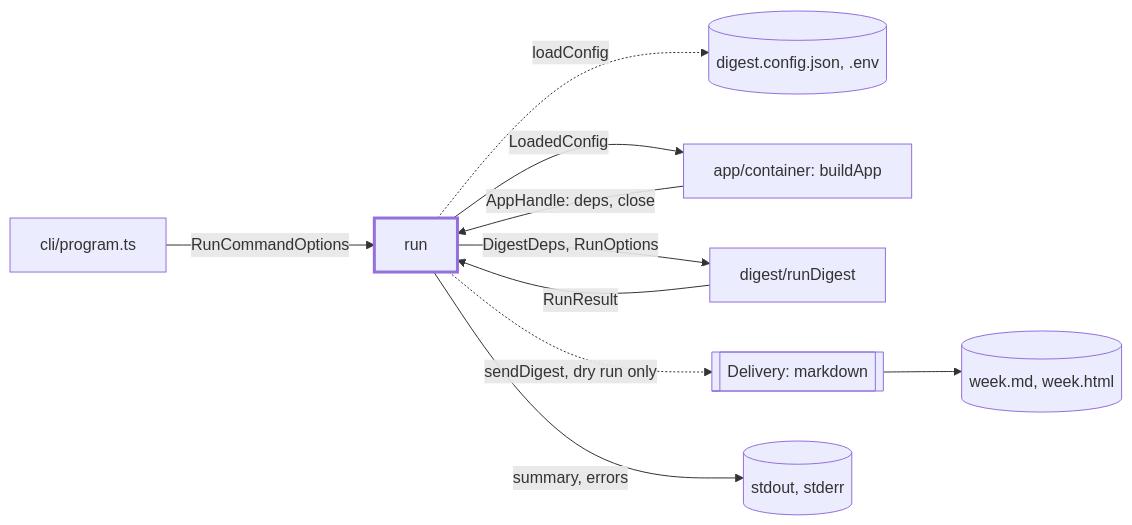
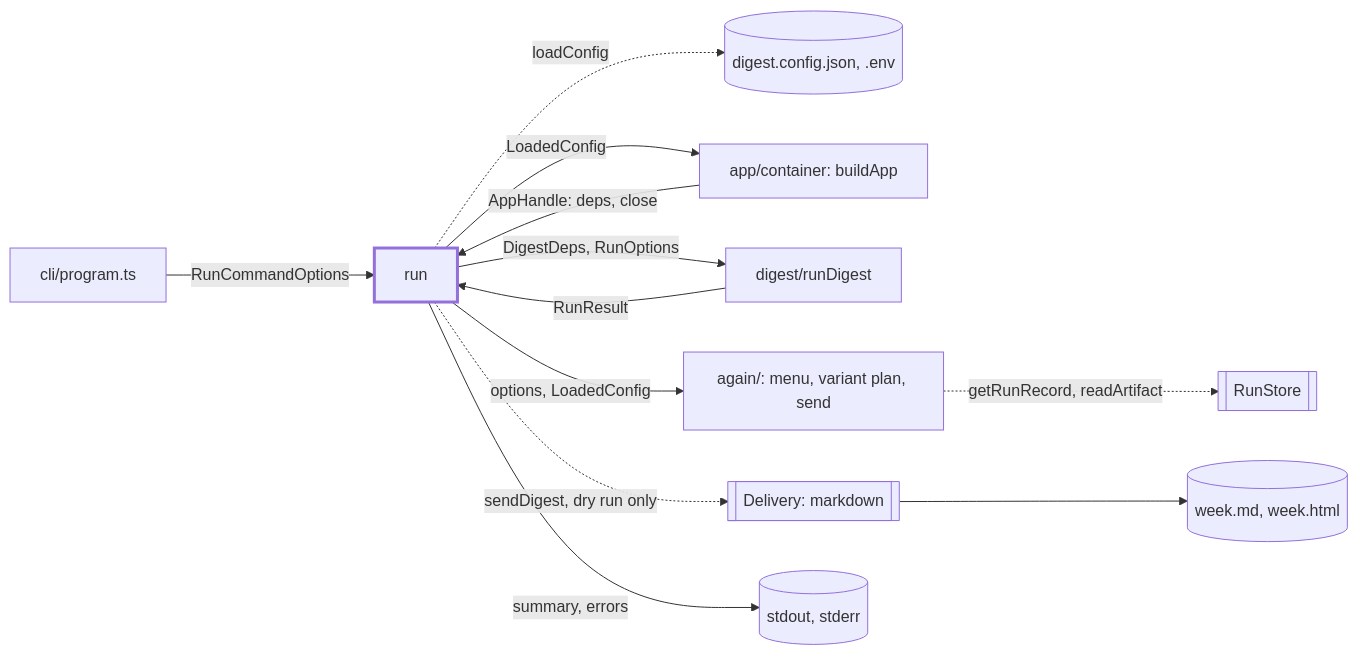
The first of 2 diagrams in src/cli/run/CLAUDE.md (odere-pro/weekly-engineering-digest-agent), drawn with Mermaid before and after one commit. The commit also changed other lines of this file and 28 other files, not shown here.

````diff
--- a/src/cli/run/CLAUDE.md
+++ b/src/cli/run/CLAUDE.md
@@ -10,12 +12,14 @@
 ```mermaid
 flowchart LR
   program["cli/program.ts"] -->|"RunCommandOptions"| run:::focus
   run -.->|"loadConfig"| cfg[("digest.config.json, .env")]
   run -->|"LoadedConfig"| app["app/container: buildApp"]
   app -->|"AppHandle: deps, close"| run
   run -->|"DigestDeps, RunOptions"| digest["digest/runDigest"]
   digest -->|"RunResult"| run
+  run -->|"options, LoadedConfig"| again["again/: menu, variant plan, send"]
+  again -.->|"getRunRecord, readArtifact"| store[[RunStore]]
   run -.->|"sendDigest, dry run only"| md[["Delivery: markdown"]] --> disk[("week.md, week.html")]
   run -->|"summary, errors"| term[("stdout, stderr")]
   classDef focus stroke-width:3px
 ```
````
